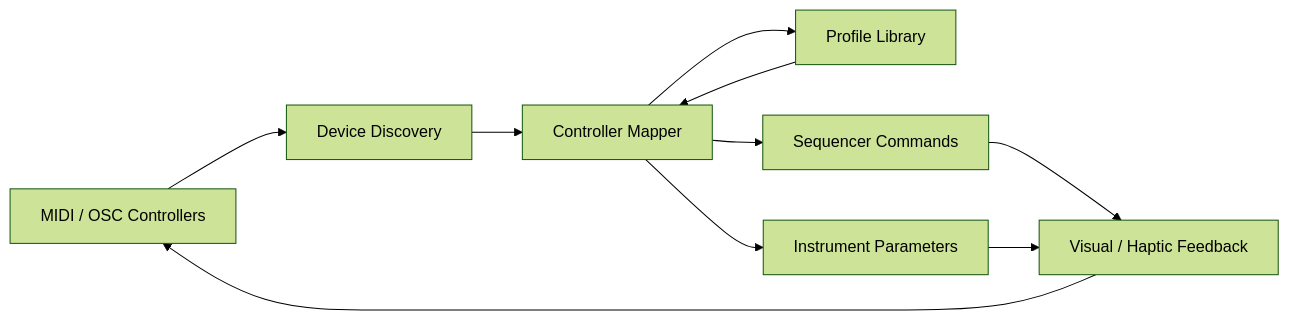
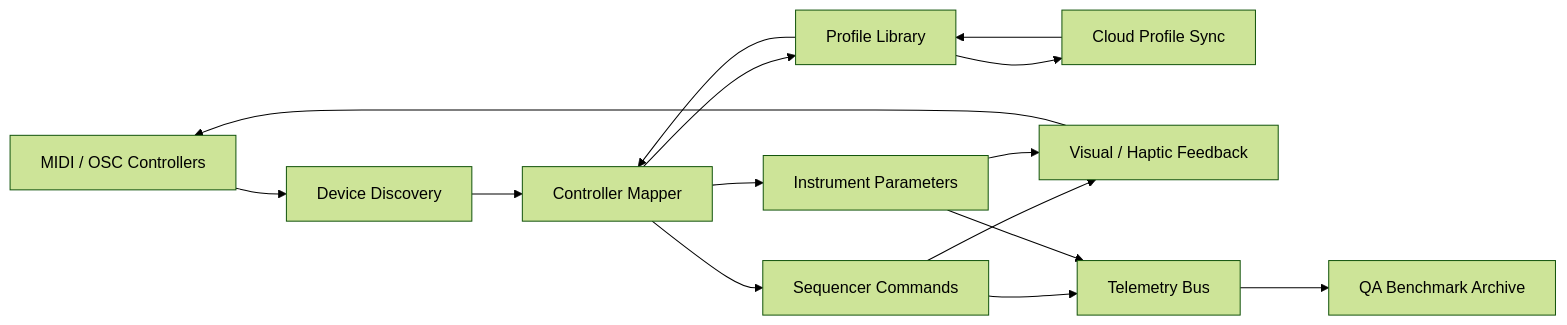
One commit to invisibleacropolis-ops/NagaKang changed the diagram in docs/assets/controller_routing.mmd. Above: the diagram before and after it, drawn with Mermaid (forest theme). The commit also changed 9 other files, not shown here.

```diff
--- a/docs/assets/controller_routing.mmd
+++ b/docs/assets/controller_routing.mmd
@@ -1,19 +1,27 @@
 %% Controller routing and mapping surface
 flowchart LR
     Controllers[MIDI / OSC Controllers]
     Discovery[Device Discovery]
     Mapper[Controller Mapper]
     Profiles[Profile Library]
+    CloudProfiles[Cloud Profile Sync]
     Sequencer[Sequencer Commands]
     Instrument[Instrument Parameters]
     Feedback[Visual / Haptic Feedback]
+    Telemetry[Telemetry Bus]
+    QAReports[QA Benchmark Archive]
 
     Controllers --> Discovery
     Discovery --> Mapper
     Mapper --> Profiles
     Profiles --> Mapper
     Mapper --> Sequencer
     Mapper --> Instrument
+    Profiles --> CloudProfiles
+    CloudProfiles --> Profiles
     Sequencer --> Feedback
     Instrument --> Feedback
     Feedback --> Controllers
+    Sequencer --> Telemetry
+    Instrument --> Telemetry
+    Telemetry --> QAReports
```
